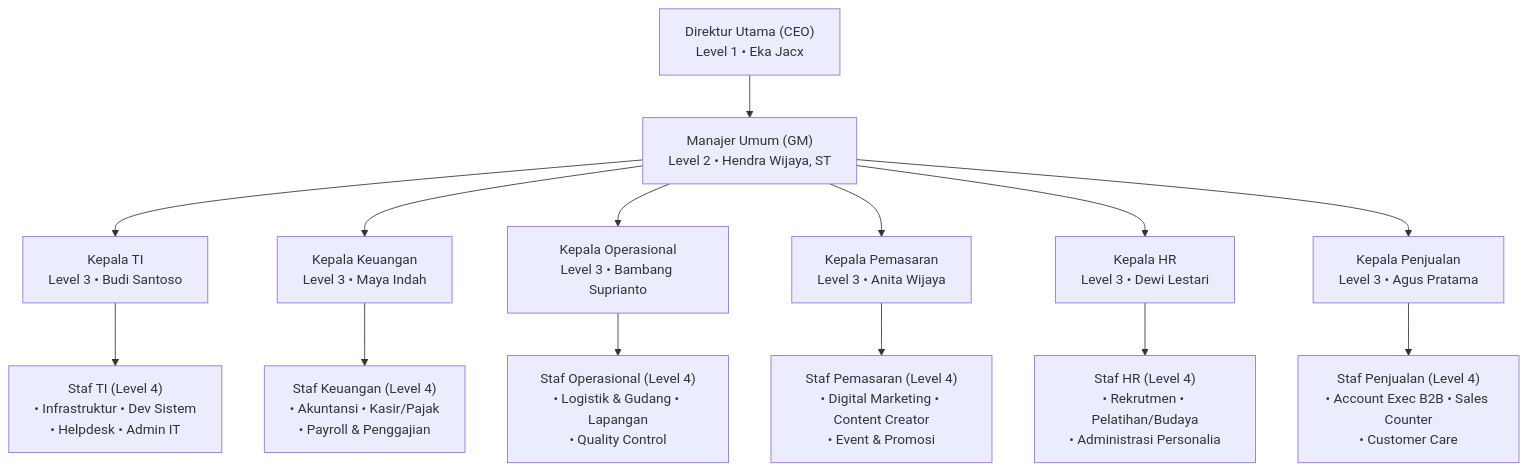
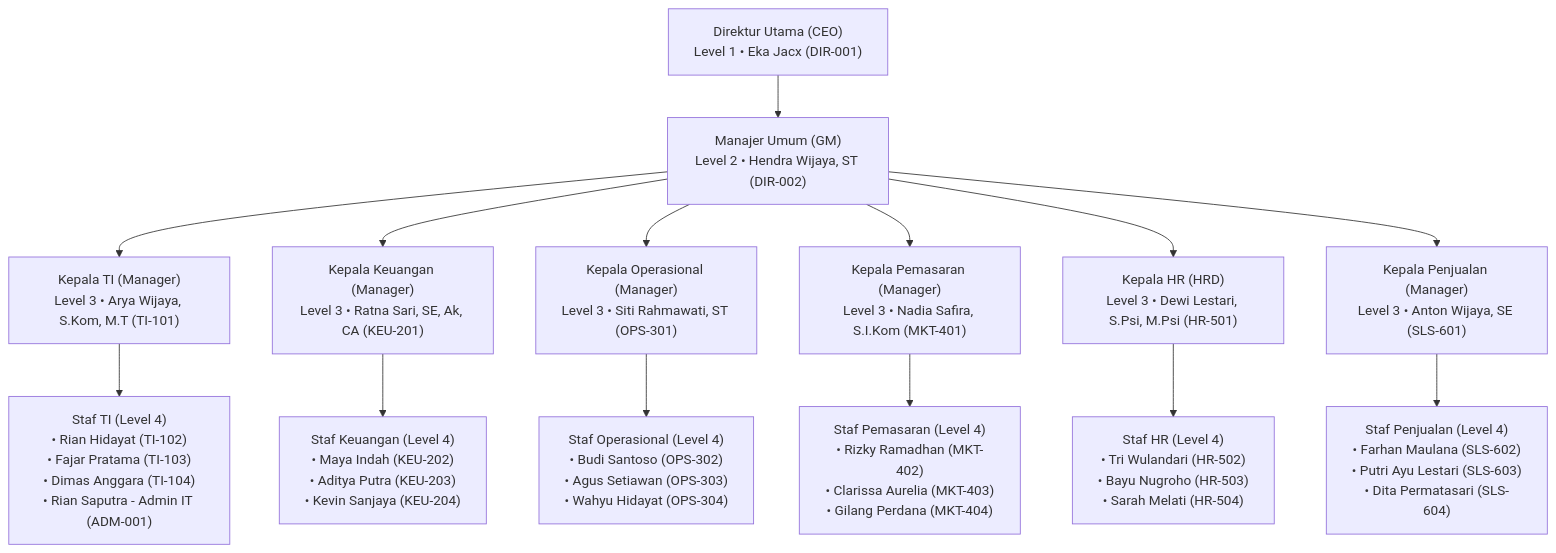
Before and after one commit to ekajacx/jabsen: the first of 8 diagrams in PRD_Final_v1.0_Sistem_Absensi.md, drawn with Mermaid. The commit also changed other lines of this file, not shown here.

Commit message:
docs(prd): update PRD v2.1 mencakup 27 karyawan aktual, flow approval alasan wajib, multi-identifier login, dan laporan audit keamanan

````diff
--- a/PRD_Final_v1.0_Sistem_Absensi.md
+++ b/PRD_Final_v1.0_Sistem_Absensi.md
@@ -76,18 +76,18 @@
 ```mermaid
 flowchart TD
-    CEO["Direktur Utama (CEO)<br>Level 1 • Eka Jacx"] --> GM["Manajer Umum (GM)<br>Level 2 • Hendra Wijaya, ST"]
+    CEO["Direktur Utama (CEO)<br>Level 1 • Eka Jacx (DIR-001)"] --> GM["Manajer Umum (GM)<br>Level 2 • Hendra Wijaya, ST (DIR-002)"]
     
-    GM --> TI["Kepala TI<br>Level 3 • Budi Santoso"]
-    GM --> KEU["Kepala Keuangan<br>Level 3 • Maya Indah"]
-    GM --> OPS["Kepala Operasional<br>Level 3 • Bambang Suprianto"]
-    GM --> MKT["Kepala Pemasaran<br>Level 3 • Anita Wijaya"]
-    GM --> HR["Kepala HR<br>Level 3 • Dewi Lestari"]
-    GM --> SALES["Kepala Penjualan<br>Level 3 • Agus Pratama"]
+    GM --> TI["Kepala TI (Manager)<br>Level 3 • Arya Wijaya, S.Kom, M.T (TI-101)"]
+    GM --> KEU["Kepala Keuangan (Manager)<br>Level 3 • Ratna Sari, SE, Ak, CA (KEU-201)"]
+    GM --> OPS["Kepala Operasional (Manager)<br>Level 3 • Siti Rahmawati, ST (OPS-301)"]
+    GM --> MKT["Kepala Pemasaran (Manager)<br>Level 3 • Nadia Safira, S.I.Kom (MKT-401)"]
+    GM --> HR["Kepala HR (HRD)<br>Level 3 • Dewi Lestari, S.Psi, M.Psi (HR-501)"]
+    GM --> SALES["Kepala Penjualan (Manager)<br>Level 3 • Anton Wijaya, SE (SLS-601)"]
     
-    TI --> TISTAFF["Staf TI (Level 4)<br>• Infrastruktur • Dev Sistem<br>• Helpdesk • Admin IT"]
-    KEU --> KEUSTAFF["Staf Keuangan (Level 4)<br>• Akuntansi • Kasir/Pajak<br>• Payroll & Penggajian"]
-    OPS --> OPSSTAFF["Staf Operasional (Level 4)<br>• Logistik & Gudang • Lapangan<br>• Quality Control"]
-    MKT --> MKTSTAFF["Staf Pemasaran (Level 4)<br>• Digital Marketing • Content Creator<br>• Event & Promosi"]
-    HR --> HRSTAFF["Staf HR (Level 4)<br>• Rekrutmen • Pelatihan/Budaya<br>• Administrasi Personalia"]
-    SALES --> SALESSTAFF["Staf Penjualan (Level 4)<br>• Account Exec B2B • Sales Counter<br>• Customer Care"]
+    TI --> TISTAFF["Staf TI (Level 4)<br>• Rian Hidayat (TI-102)<br>• Fajar Pratama (TI-103)<br>• Dimas Anggara (TI-104)<br>• Rian Saputra - Admin IT (ADM-001)"]
+    KEU --> KEUSTAFF["Staf Keuangan (Level 4)<br>• Maya Indah (KEU-202)<br>• Aditya Putra (KEU-203)<br>• Kevin Sanjaya (KEU-204)"]
+    OPS --> OPSSTAFF["Staf Operasional (Level 4)<br>• Budi Santoso (OPS-302)<br>• Agus Setiawan (OPS-303)<br>• Wahyu Hidayat (OPS-304)"]
+    MKT --> MKTSTAFF["Staf Pemasaran (Level 4)<br>• Rizky Ramadhan (MKT-402)<br>• Clarissa Aurelia (MKT-403)<br>• Gilang Perdana (MKT-404)"]
+    HR --> HRSTAFF["Staf HR (Level 4)<br>• Tri Wulandari (HR-502)<br>• Bayu Nugroho (HR-503)<br>• Sarah Melati (HR-504)"]
+    SALES --> SALESSTAFF["Staf Penjualan (Level 4)<br>• Farhan Maulana (SLS-602)<br>• Putri Ayu Lestari (SLS-603)<br>• Dita Permatasari (SLS-604)"]
 ```
````
